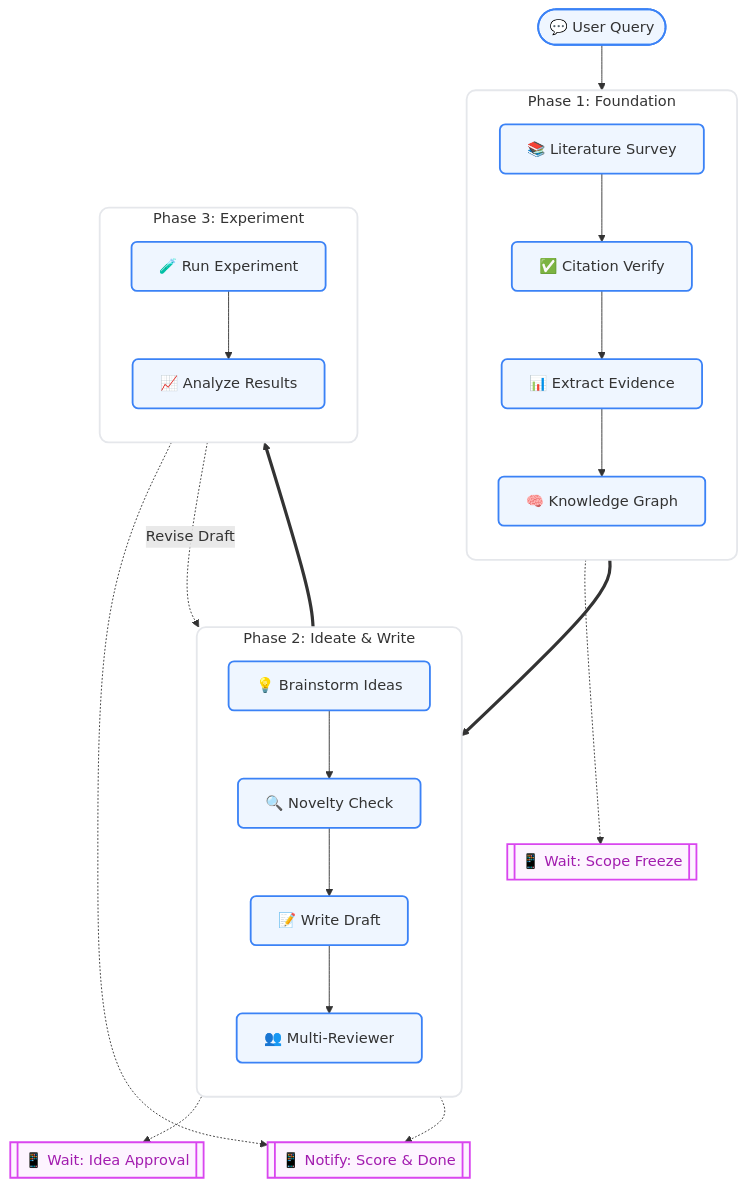
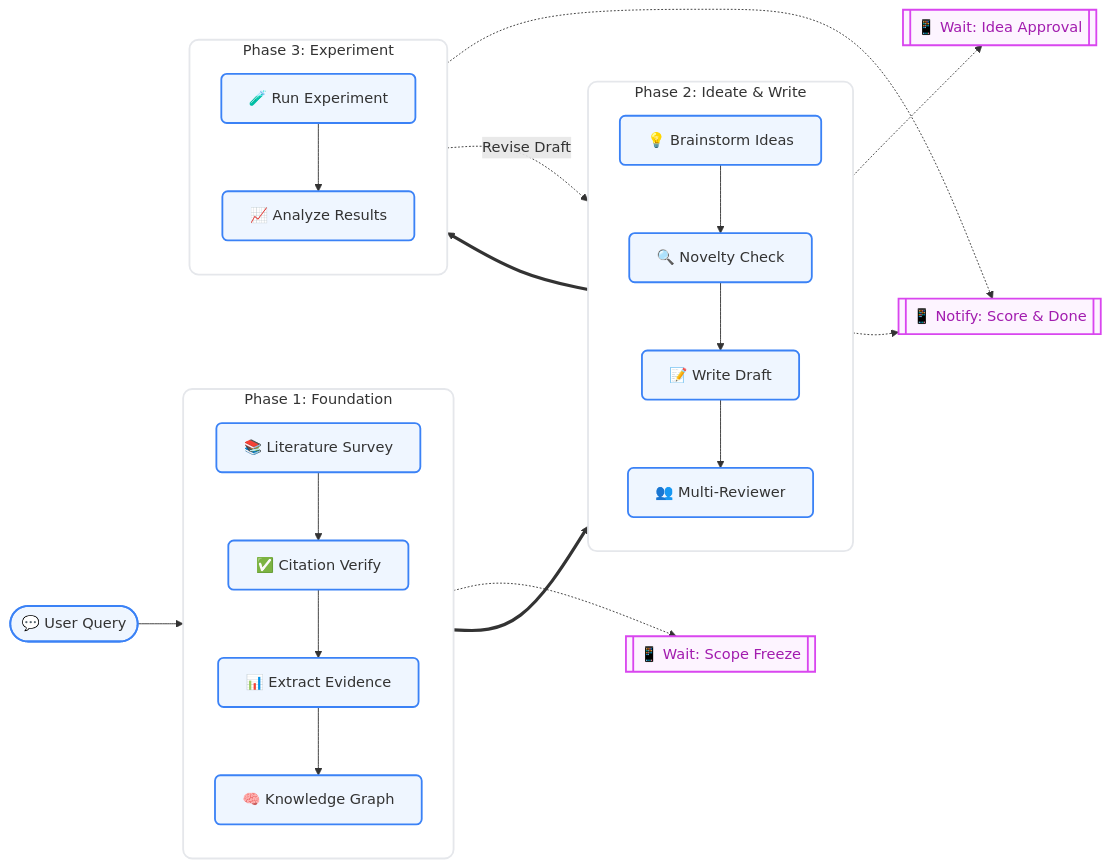
Before and after one commit to ChunqiGuo02/NeXus: the diagram in README.md, drawn with Mermaid.

````diff
--- a/README.md
+++ b/README.md
@@ -24,50 +24,50 @@
 ```mermaid
-flowchart TD
+flowchart LR
     %% Styles
     classDef phaseBox fill:#ffffff,stroke:#e5e7eb,stroke-width:2px,rx:10,ry:10
     classDef node fill:#eff6ff,stroke:#3b82f6,stroke-width:2px,rx:6,ry:6
     classDef notify fill:#fdf4ff,stroke:#d946ef,stroke-width:2px,rx:6,ry:6,color:#a21caf
 
     Q(["💬 User Query"])
     
     subgraph P1 ["Phase 1: Foundation"]
         direction TB
         S["📚 Literature Survey"]:::node
         V["✅ Citation Verify"]:::node
         E["📊 Extract Evidence"]:::node
         K["🧠 Knowledge Graph"]:::node
         S --> V --> E --> K
     end
 
     subgraph P2 ["Phase 2: Ideate & Write"]
         direction TB
         B["💡 Brainstorm Ideas"]:::node
         N["🔍 Novelty Check"]:::node
         D["📝 Write Draft"]:::node
         M["👥 Multi-Reviewer"]:::node
         B --> N --> D --> M
     end
 
     subgraph P3 ["Phase 3: Experiment"]
         direction TB
         R["🧪 Run Experiment"]:::node
         A["📈 Analyze Results"]:::node
         R --> A
     end
 
     F1[["📱 Wait: Scope Freeze"]]:::notify
     F2[["📱 Wait: Idea Approval"]]:::notify
     F3[["📱 Notify: Score & Done"]]:::notify
 
     Q --> P1
     P1 ==> P2
     P2 ==> P3
     P3 -.->|Revise Draft| P2
 
     K -.-> F1
     B -.-> F2
     M -.-> F3
     A -.-> F3
 
     class P1,P2,P3 phaseBox
 ```
````
